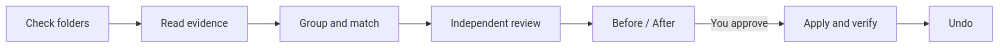
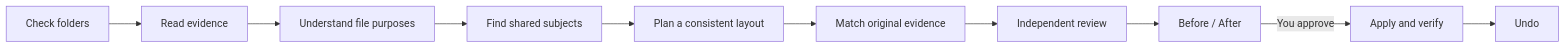
Before and after one commit to DJMike2/QuickFiles: the diagram in docs/organizer-process.md, drawn with Mermaid. The commit also changed other lines of this file and 3 other files, not shown here.

````diff
--- a/docs/organizer-process.md
+++ b/docs/organizer-process.md
@@ -11,9 +11,12 @@
 ```mermaid
 flowchart LR
     A[Check folders] --> B[Read evidence]
-    B --> C[Group and match]
-    C --> D[Independent review]
+    B --> S[Understand file purposes]
+    S --> C[Find shared subjects]
+    C --> L[Plan a consistent layout]
+    L --> M[Match original evidence]
+    M --> D[Independent review]
     D --> E[Before / After]
     E -->|You approve| F[Apply and verify]
     F --> G[Undo]
 ```
````
